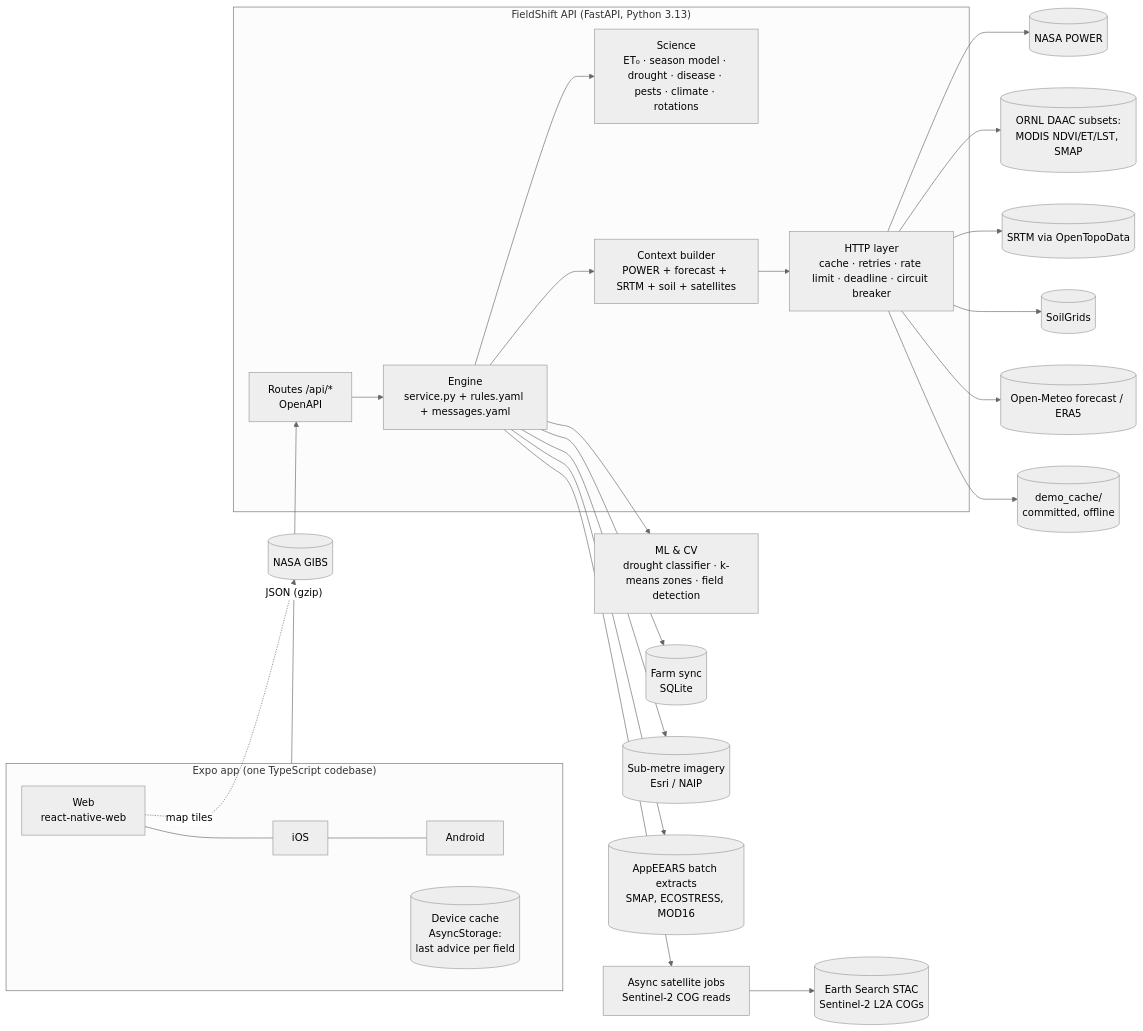
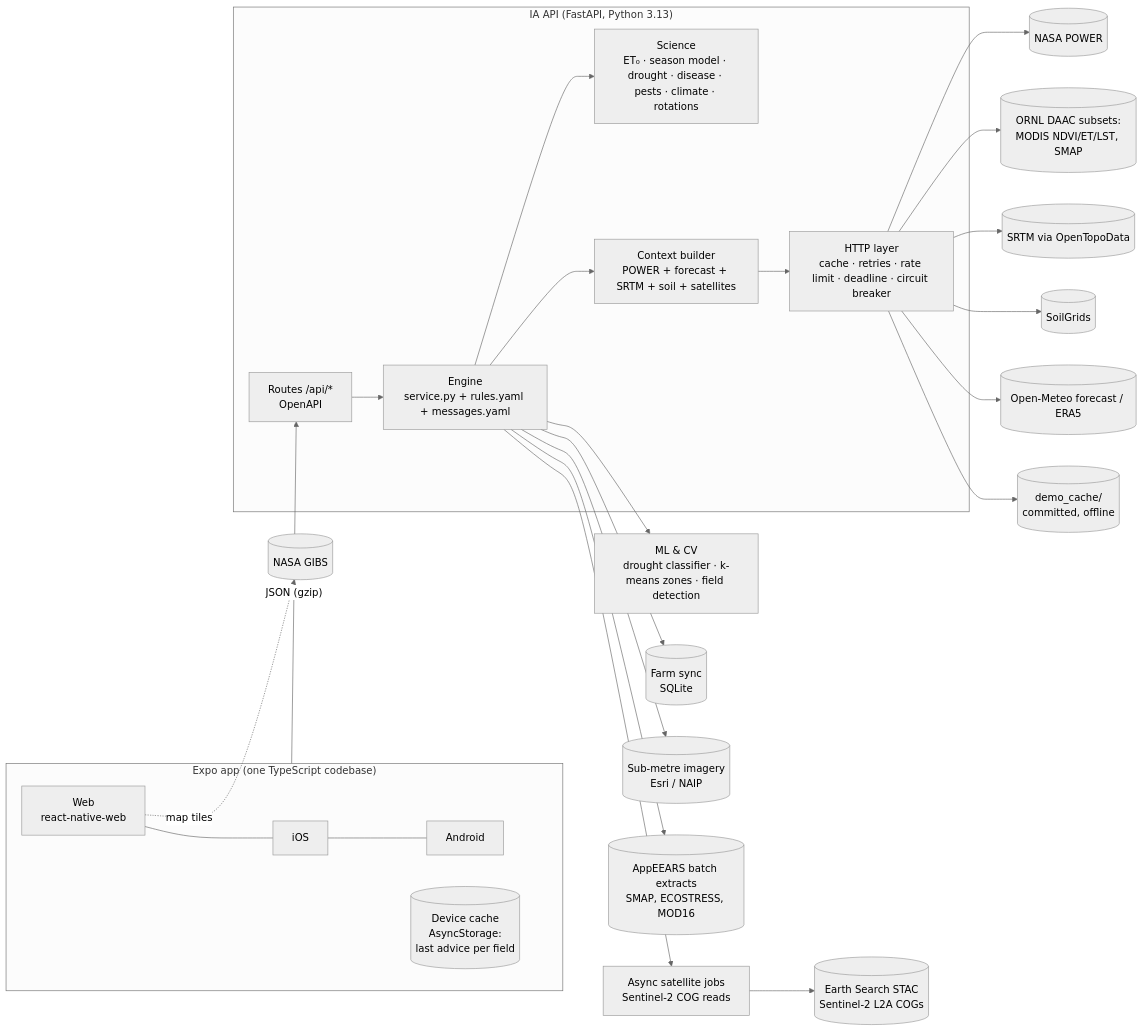
One commit to Intelligent-Agriculture-Labs/Intelligent-Agriculture changed the diagram in docs/ARCHITECTURE.md. Above: the diagram before and after it, drawn with Mermaid (neutral theme). The commit also changed 105 other files, not shown here.

````diff
--- a/docs/ARCHITECTURE.md
+++ b/docs/ARCHITECTURE.md
@@ -3,27 +3,27 @@
 ```mermaid
 flowchart LR
   subgraph Client["Expo app (one TypeScript codebase)"]
     W[Web<br/>react-native-web] --- I[iOS] --- A[Android]
     C[(Device cache<br/>AsyncStorage:<br/>last advice per field)]
   end
-  subgraph API["FieldShift API (FastAPI, Python 3.13)"]
+  subgraph API["IA API (FastAPI, Python 3.13)"]
     R[Routes /api/*<br/>OpenAPI] --> E[Engine<br/>service.py + rules.yaml + messages.yaml]
     E --> S[Science<br/>ET₀ · season model · drought · disease · pests · climate · rotations]
     E --> X[Context builder<br/>POWER + forecast + SRTM + soil + satellites]
     X --> H[HTTP layer<br/>cache · retries · rate limit · deadline · circuit breaker]
   end
   H --> P[(NASA POWER)]
   H --> O[(ORNL DAAC subsets:<br/>MODIS NDVI/ET/LST, SMAP)]
   H --> T[(SRTM via OpenTopoData)]
   H --> G[(SoilGrids)]
   H --> M[(Open-Meteo forecast / ERA5)]
   H --> DC[(demo_cache/<br/>committed, offline)]
   E --> ML[ML & CV<br/>drought classifier · k-means zones · field detection]
   E --> SATJ[Async satellite jobs<br/>Sentinel-2 COG reads]
   SATJ --> S2[(Earth Search STAC<br/>Sentinel-2 L2A COGs)]
   E --> FARM[(Farm sync<br/>SQLite)]
   E --> IMG[(Sub-metre imagery<br/>Esri / NAIP)]
   E --> AE[(AppEEARS batch extracts<br/>SMAP, ECOSTRESS, MOD16)]
   Client -- JSON (gzip) --> R
   W -. map tiles .-> GIBS[(NASA GIBS)]
 ```
````
